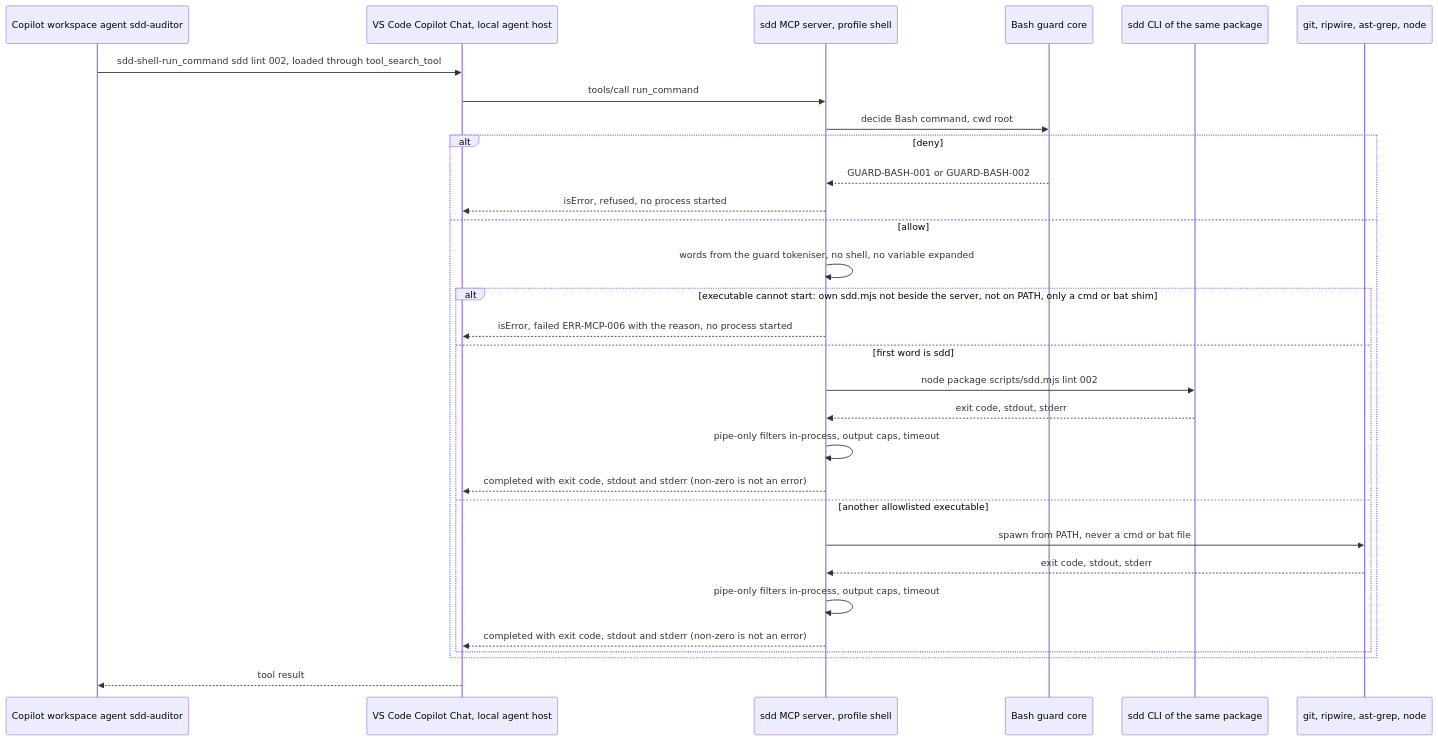
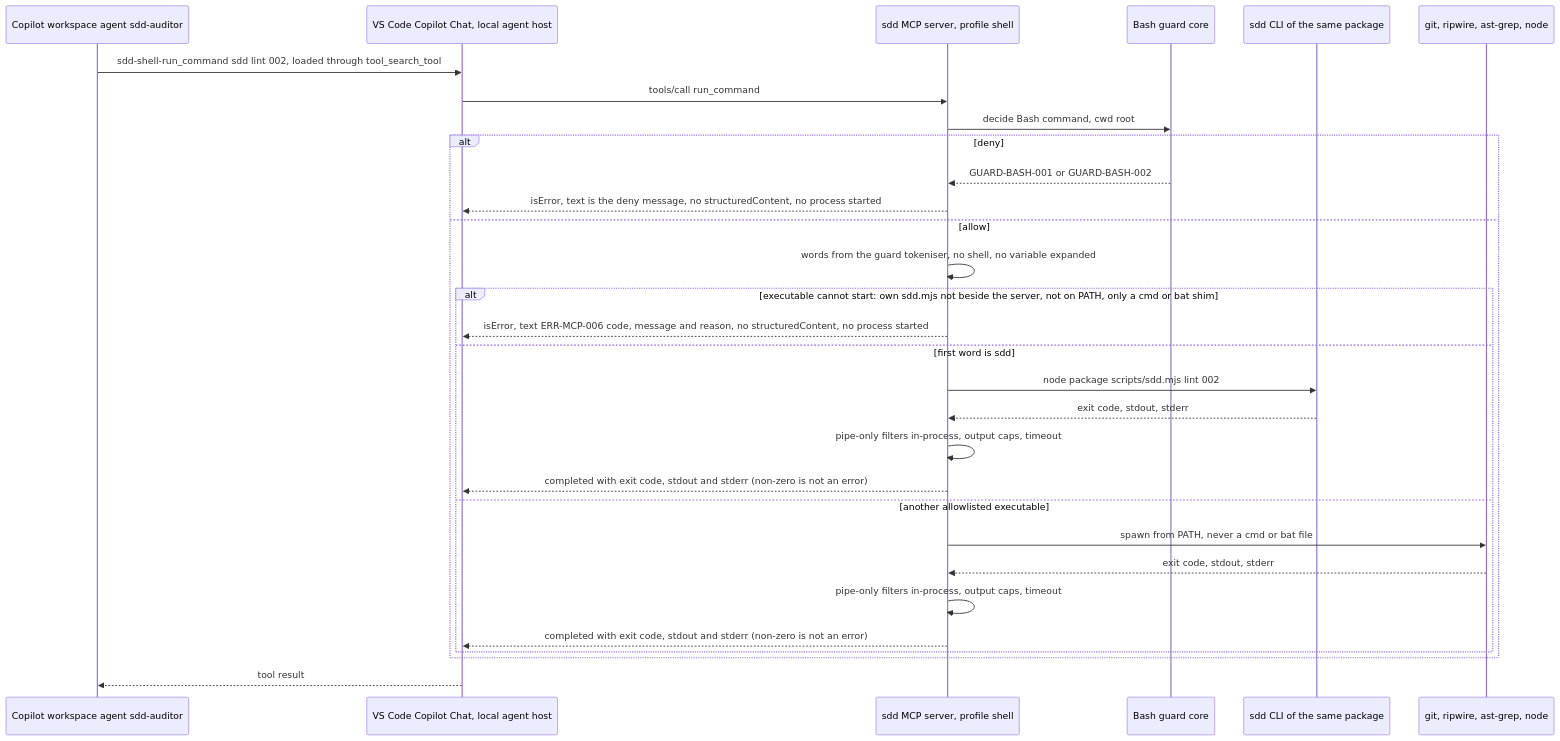
The fifth of 15 diagrams in .sdd/002-multi-platform-targets/10-spec/60-architecture/architecture.md (jlacube/spec-architect), drawn with Mermaid before and after one commit. The commit also changed other lines of this file and 7 other files, not shown here.

````diff
--- a/.sdd/002-multi-platform-targets/10-spec/60-architecture/architecture.md
+++ b/.sdd/002-multi-platform-targets/10-spec/60-architecture/architecture.md
@@ -570,33 +579,33 @@
 ```mermaid
 sequenceDiagram
   %% F4 Copilot command through sdd-shell. Realizes C002-TS-406 C002-TS-407 C002-TS-408 C002-TS-409
   participant C002_COMP_004 as Copilot workspace agent sdd-auditor
   participant VSC as VS Code Copilot Chat, local agent host
   participant C002_COMP_005 as sdd MCP server, profile shell
   participant C002_COMP_012 as Bash guard core
   participant C002_COMP_018 as sdd CLI of the same package
   participant EXE as git, ripwire, ast-grep, node
   C002_COMP_004->>VSC: sdd-shell-run_command sdd lint 002, loaded through tool_search_tool
   VSC->>C002_COMP_005: tools/call run_command
   C002_COMP_005->>C002_COMP_012: decide Bash command, cwd root
   alt deny
     C002_COMP_012-->>C002_COMP_005: GUARD-BASH-001 or GUARD-BASH-002
-    C002_COMP_005-->>VSC: isError, refused, no process started
+    C002_COMP_005-->>VSC: isError, text is the deny message, no structuredContent, no process started
   else allow
     C002_COMP_005->>C002_COMP_005: words from the guard tokeniser, no shell, no variable expanded
     alt executable cannot start: own sdd.mjs not beside the server, not on PATH, only a cmd or bat shim
-      C002_COMP_005-->>VSC: isError, failed ERR-MCP-006 with the reason, no process started
+      C002_COMP_005-->>VSC: isError, text ERR-MCP-006 code, message and reason, no structuredContent, no process started
     else first word is sdd
       C002_COMP_005->>C002_COMP_018: node package scripts/sdd.mjs lint 002
       C002_COMP_018-->>C002_COMP_005: exit code, stdout, stderr
       C002_COMP_005->>C002_COMP_005: pipe-only filters in-process, output caps, timeout
       C002_COMP_005-->>VSC: completed with exit code, stdout and stderr (non-zero is not an error)
     else another allowlisted executable
       C002_COMP_005->>EXE: spawn from PATH, never a cmd or bat file
       EXE-->>C002_COMP_005: exit code, stdout, stderr
       C002_COMP_005->>C002_COMP_005: pipe-only filters in-process, output caps, timeout
       C002_COMP_005-->>VSC: completed with exit code, stdout and stderr (non-zero is not an error)
     end
   end
   VSC-->>C002_COMP_004: tool result
 ```
````
